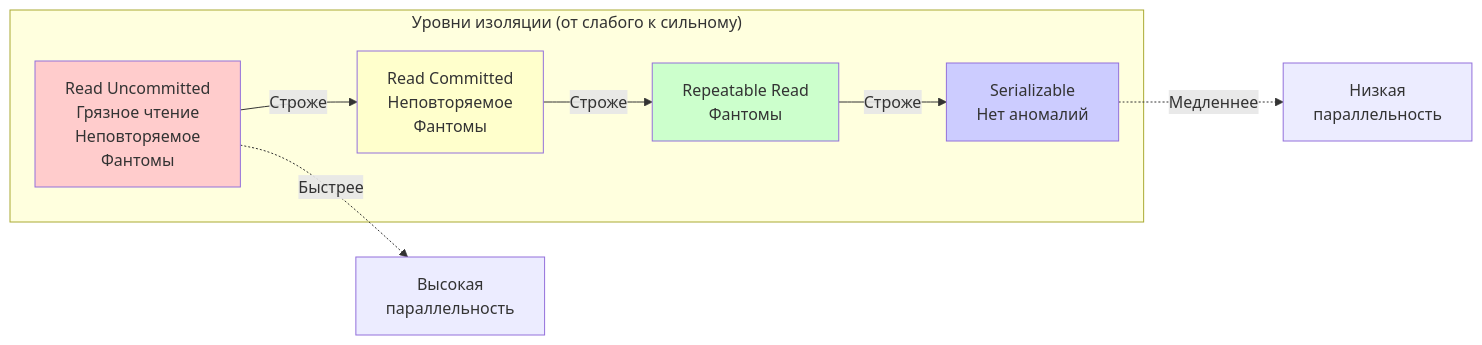
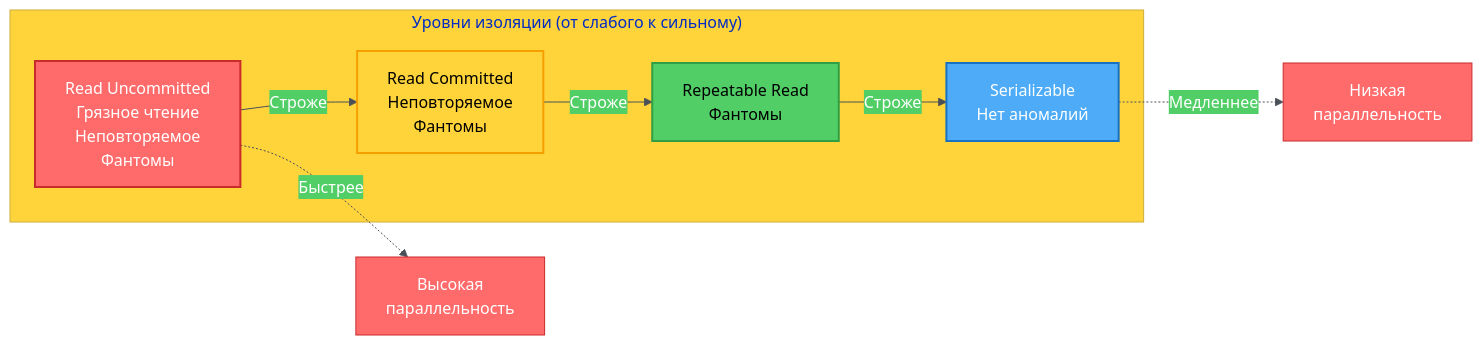
One commit to alx314vo/db_exam changed the ninth of 23 diagrams in db_exam.md. Above: the diagram before and after it, drawn with Mermaid. The commit also changed other lines of this file, not shown here.

Commit message:
added diagrams

````diff
--- a/db_exam.md
+++ b/db_exam.md
@@ -393,21 +461,22 @@
 ```mermaid
+%%{init: {'theme':'base', 'themeVariables': {'primaryColor':'#ff6b6b','primaryTextColor':'#fff','primaryBorderColor':'#c92a2a','lineColor':'#495057','secondaryColor':'#51cf66','tertiaryColor':'#ffd43b'}}}%%
 graph LR
     subgraph "Уровни изоляции (от слабого к сильному)"
         RU[Read Uncommitted<br/>Грязное чтение<br/>Неповторяемое<br/>Фантомы]
         RC[Read Committed<br/>Неповторяемое<br/>Фантомы]
         RR[Repeatable Read<br/>Фантомы]
         S[Serializable<br/>Нет аномалий]
     end
     
     RU -->|Строже| RC
     RC -->|Строже| RR
     RR -->|Строже| S
     
     RU -.->|Быстрее| Speed1[Высокая<br/>параллельность]
     S -.->|Медленнее| Speed2[Низкая<br/>параллельность]
     
-    style RU fill:#ffcccc
-    style RC fill:#ffffcc
-    style RR fill:#ccffcc
-    style S fill:#ccccff
+    style RU fill:#ff6b6b,stroke:#c92a2a,stroke-width:2px,color:#fff
+    style RC fill:#ffd43b,stroke:#f59f00,stroke-width:2px,color:#000
+    style RR fill:#51cf66,stroke:#2f9e44,stroke-width:2px,color:#000
+    style S fill:#4dabf7,stroke:#1971c2,stroke-width:2px,color:#fff
 ```
````
